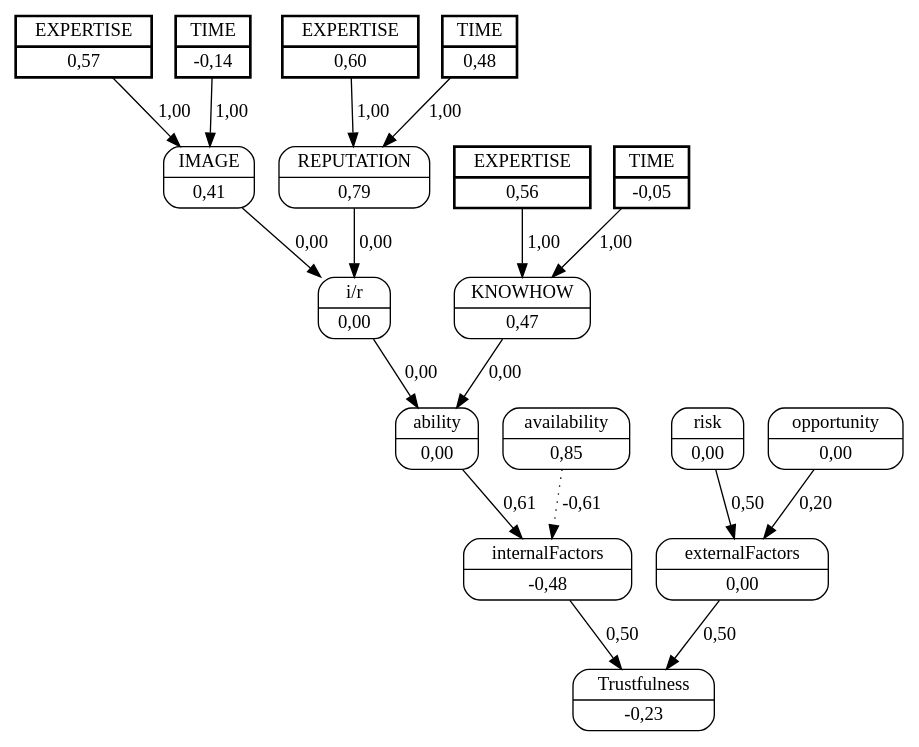
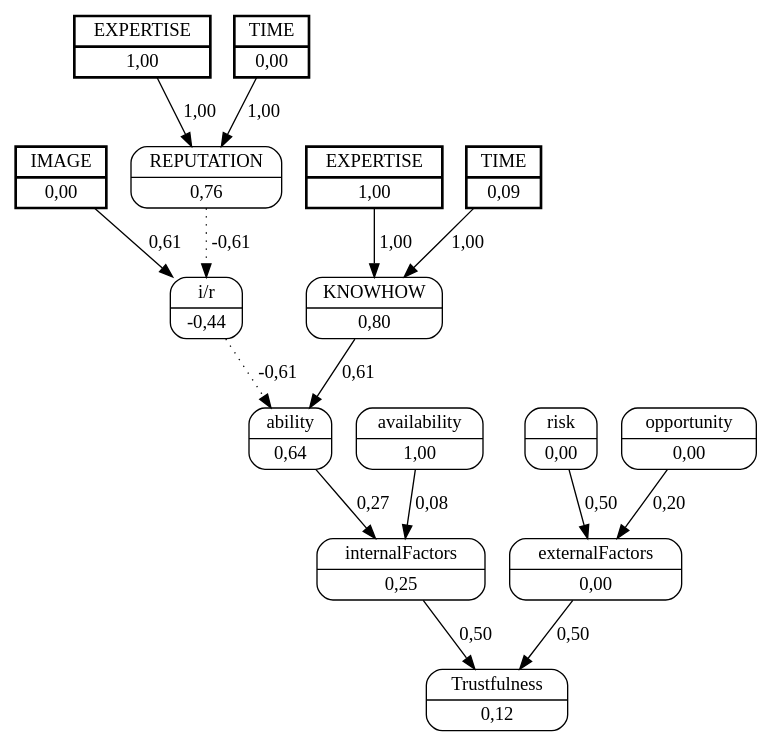
The diagram in unload_boxes/dots/worker_2helper_9.dot (jjbaqueta/unload_experiment), drawn with Graphviz before and after one commit. The commit also changed 61 other files, not shown here.

```diff
--- a/unload_boxes/dots/worker_2helper_9.dot
+++ b/unload_boxes/dots/worker_2helper_9.dot
@@ -1,38 +1,34 @@
 digraph FCM_net{
 	node [shape=record, style=rounded]
-	11 [label="{EXPERTISE | 0,57}", style=bold, penwidth=2, peripheries=2];
-	12 [label="{TIME | -0,14}", style=bold, penwidth=2, peripheries=2];
-	13 [label="{EXPERTISE | 0,60}", style=bold, penwidth=2, peripheries=2];
-	14 [label="{TIME | 0,48}", style=bold, penwidth=2, peripheries=2];
-	15 [label="{EXPERTISE | 0,56}", style=bold, penwidth=2, peripheries=2];
-	16 [label="{TIME | -0,05}", style=bold, penwidth=2, peripheries=2];
-	0 [label="{IMAGE | 0,41}"];
-	1 [label="{REPUTATION | 0,79}"];
-	2 [label="{KNOWHOW | 0,47}"];
-	3 [label="{i/r | 0,00}"];
-	4 [label="{ability | 0,00}"];
-	5 [label="{availability | 0,85}"];
-	6 [label="{internalFactors | -0,48}"];
+	0 [label="{IMAGE | 0,00}", style=bold, penwidth=2, peripheries=2];
+	11 [label="{EXPERTISE | 1,00}", style=bold, penwidth=2, peripheries=2];
+	12 [label="{TIME | 0,00}", style=bold, penwidth=2, peripheries=2];
+	13 [label="{EXPERTISE | 1,00}", style=bold, penwidth=2, peripheries=2];
+	14 [label="{TIME | 0,09}", style=bold, penwidth=2, peripheries=2];
+	0 [label="{IMAGE | 0,00}"];
+	1 [label="{REPUTATION | 0,76}"];
+	2 [label="{KNOWHOW | 0,80}"];
+	3 [label="{i/r | -0,44}"];
+	4 [label="{ability | 0,64}"];
+	5 [label="{availability | 1,00}"];
+	6 [label="{internalFactors | 0,25}"];
 	7 [label="{risk | 0,00}"];
 	8 [label="{opportunity | 0,00}"];
 	9 [label="{externalFactors | 0,00}"];
-	10 [label="{Trustfulness | -0,23}"];
-	11 [label="{EXPERTISE | 0,57}"];
-	13 [label="{EXPERTISE | 0,60}"];
-	0 -> 3 [label = "0,00"];
-	1 -> 3 [label = "0,00"];
-	3 -> 4 [label = "0,00"];
-	2 -> 4 [label = "0,00"];
-	4 -> 6 [label = "0,61"];
-	5 -> 6 [label = "-0,61", style=dotted];
+	10 [label="{Trustfulness | 0,12}"];
+	12 [label="{TIME | 0,00}"];
+	0 -> 3 [label = "0,61"];
+	1 -> 3 [label = "-0,61", style=dotted];
+	3 -> 4 [label = "-0,61", style=dotted];
+	2 -> 4 [label = "0,61"];
+	4 -> 6 [label = "0,27"];
+	5 -> 6 [label = "0,08"];
 	6 -> 10 [label = "0,50"];
 	7 -> 9 [label = "0,50"];
 	8 -> 9 [label = "0,20"];
 	9 -> 10 [label = "0,50"];
-	11 -> 0 [label = "1,00"];
-	12 -> 0 [label = "1,00"];
-	13 -> 1 [label = "1,00"];
-	14 -> 1 [label = "1,00"];
-	15 -> 2 [label = "1,00"];
-	16 -> 2 [label = "1,00"];
+	11 -> 1 [label = "1,00"];
+	12 -> 1 [label = "1,00"];
+	13 -> 2 [label = "1,00"];
+	14 -> 2 [label = "1,00"];
 }
```
